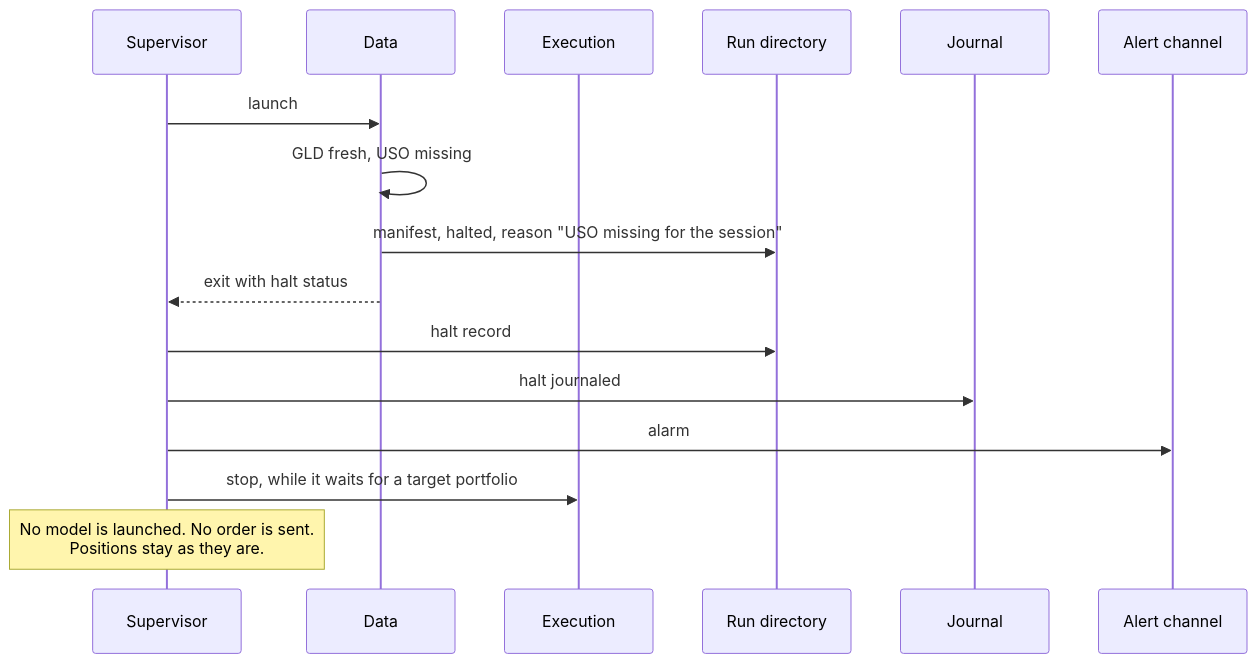
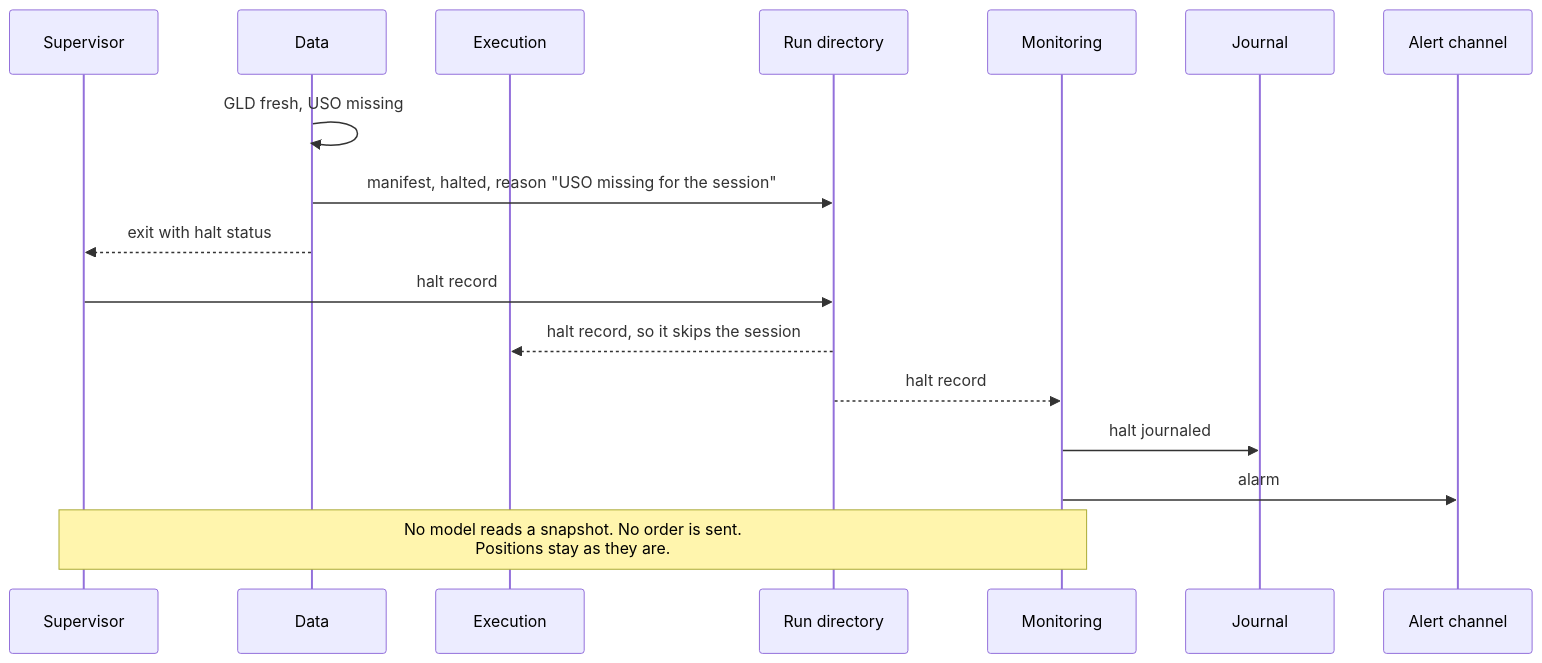
Before and after one commit to l3a0/ithildin-runtime: the fifth of 16 diagrams in docs/architecture.md, drawn with Mermaid. The commit also changed other lines of this file and 2 other files, not shown here.

First line of the commit message:
docs(architecture): fix what the review of the process revision found

````diff
--- a/docs/architecture.md
+++ b/docs/architecture.md
@@ -542,19 +574,20 @@
 ```mermaid
 sequenceDiagram
     participant V as Supervisor
     participant D as Data
     participant X as Execution
     participant F as Run directory
+    participant M as Monitoring
     participant J as Journal
     participant L as Alert channel
 
-    V->>D: launch
     D->>D: GLD fresh, USO missing
     D->>F: manifest, halted, reason "USO missing for the session"
     D-->>V: exit with halt status
     V->>F: halt record
-    V->>J: halt journaled
-    V->>L: alarm
-    V->>X: stop, while it waits for a target portfolio
-    Note over V: No model is launched. No order is sent.<br/>Positions stay as they are.
+    F-->>X: halt record, so it skips the session
+    F-->>M: halt record
+    M->>J: halt journaled
+    M->>L: alarm
+    Note over V,M: No model reads a snapshot. No order is sent.<br/>Positions stay as they are.
 ```
````
